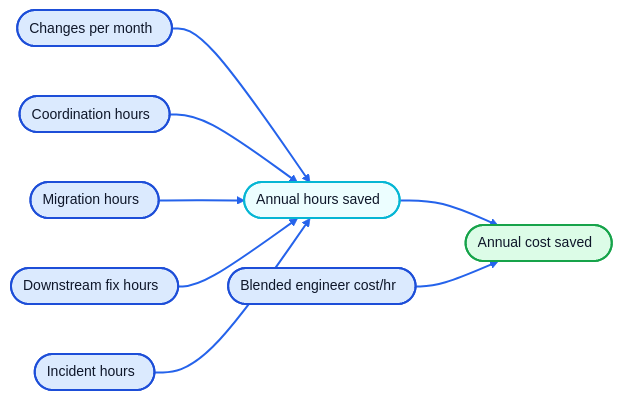
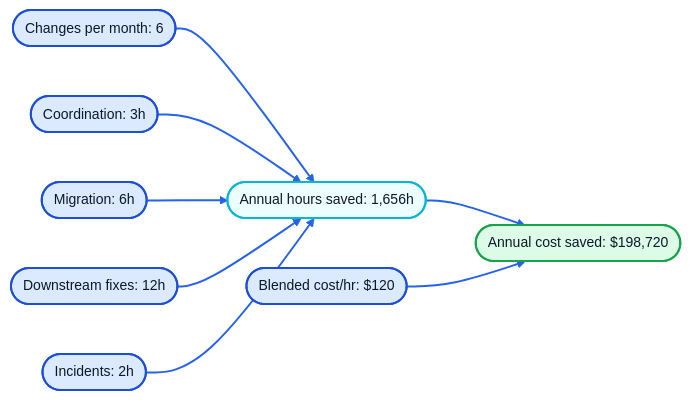
The first of 3 diagrams in README.md (cronologi/schemalution), drawn with Mermaid before and after one commit. The commit also changed other lines of this file, not shown here.

````diff
--- a/README.md
+++ b/README.md
@@ -12,21 +23,21 @@
 ```mermaid
 %%{init: {'theme': 'base', 'themeVariables': {'primaryColor': '#E6F4FF', 'primaryTextColor': '#0F172A', 'primaryBorderColor': '#1D4ED8', 'lineColor': '#2563EB', 'secondaryColor': '#F1F5F9', 'tertiaryColor': '#E2E8F0', 'edgeLabelBackground': '#F8FAFC', 'fontFamily': 'Inter, system-ui, sans-serif', 'fontSize': '14px'}}}%%
 flowchart LR
-  A([Changes per month <span>&nbsp</span>]) --> G([Annual hours saved <span>&nbsp</span>])
-  B([Coordination hours <span>&nbsp</span>]) --> G
-  C([Migration hours <span>&nbsp</span>]) --> G
-  D([Downstream fix hours <span>&nbsp</span>]) --> G
-  E([Incident hours <span>&nbsp</span>]) --> G
-  G --> H([Annual cost saved <span>&nbsp</span>])
-  F([Blended engineer cost/hr <span>&nbsp</span>]) --> H
+  A([Changes per month: 6]) --> G([Annual hours saved: 1,656h])
+  B([Coordination: 3h]) --> G
+  C([Migration: 6h]) --> G
+  D([Downstream fixes: 12h]) --> G
+  E([Incidents: 2h]) --> G
+  G --> H([Annual cost saved: $198,720])
+  F([Blended cost/hr: $120]) --> H
 
   classDef input fill:#DBEAFE,stroke:#1D4ED8,stroke-width:2px,color:#0F172A;
   classDef calc fill:#ECFEFF,stroke:#06B6D4,stroke-width:2px,color:#0F172A;
   classDef outcome fill:#DCFCE7,stroke:#16A34A,stroke-width:2px,color:#0F172A;
 
   class A,B,C,D,E,F input;
   class G calc;
   class H outcome;
 
   linkStyle default stroke-width:2px;
 ```
````
